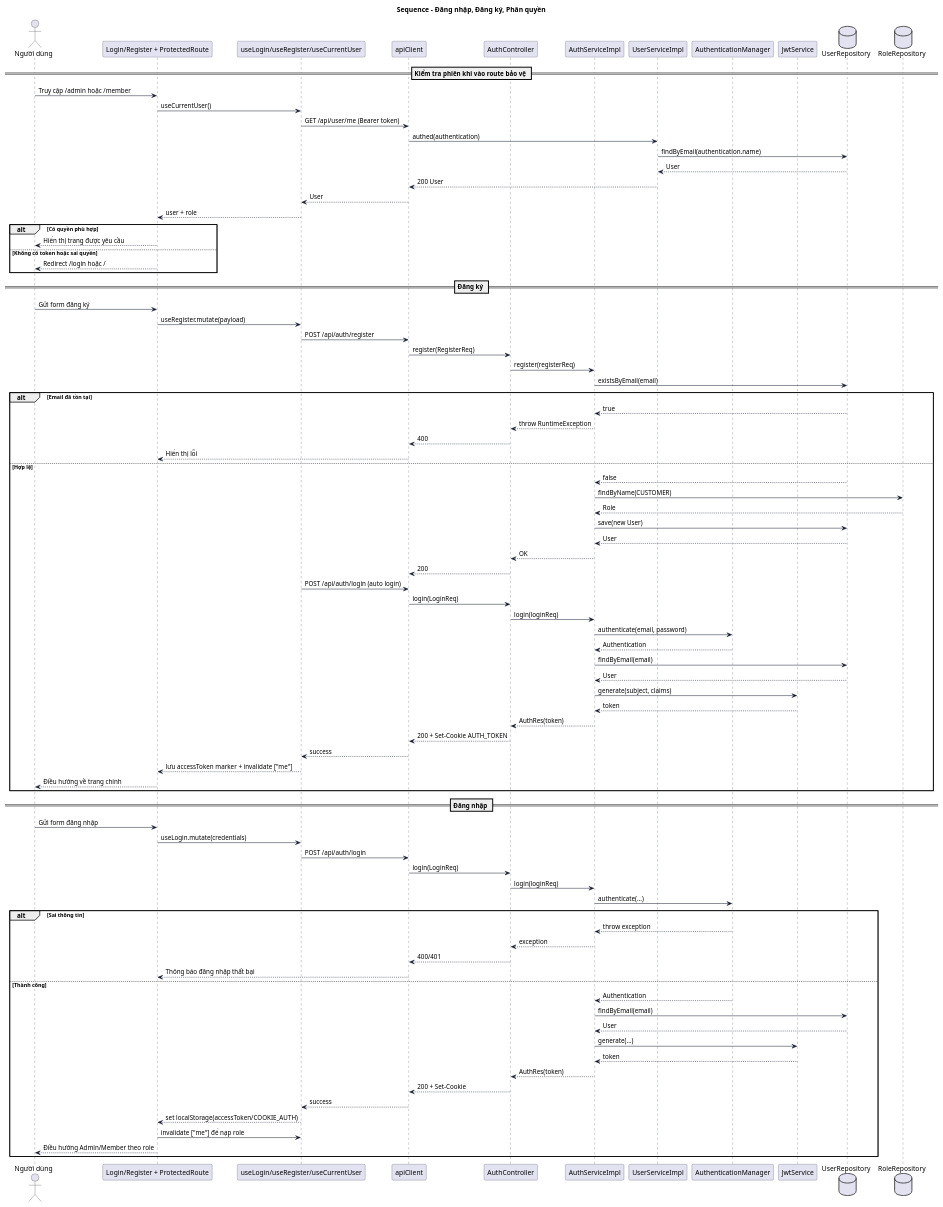
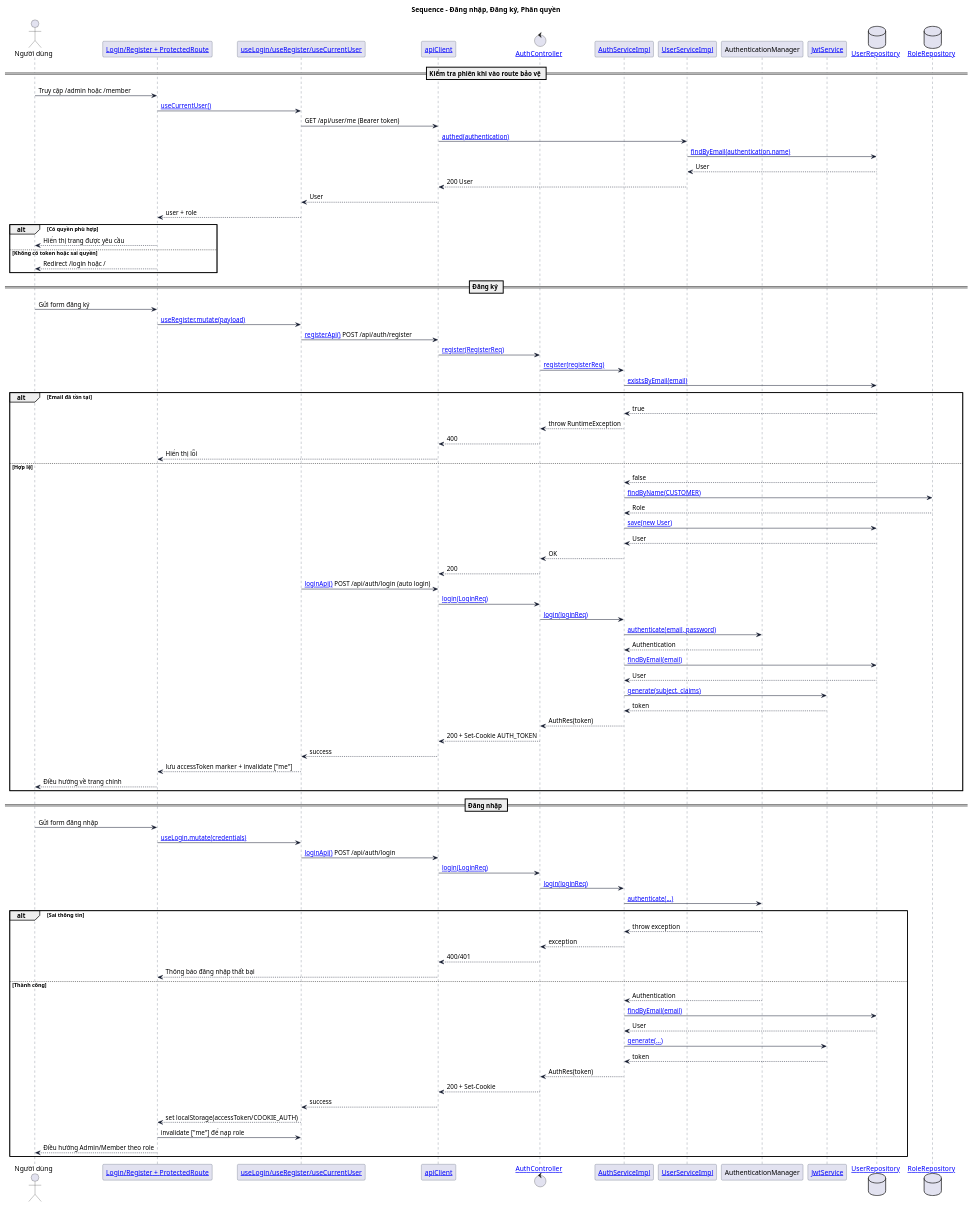
The diagram in uml/sequence/sequence-auth.puml (minhat5/MeCinema), drawn with PlantUML before and after one commit. The commit also changed 21 other files, not shown here.

Commit message:
add link to file in uml

```diff
--- a/uml/sequence/sequence-auth.puml
+++ b/uml/sequence/sequence-auth.puml
@@ -1,102 +1,102 @@
 @startuml
 skinparam shadowing false
 skinparam sequence {
   ArrowColor #0F172A
   LifeLineBorderColor #334155
   LifeLineBackgroundColor #F8FAFC
   ParticipantBorderColor #334155
 }
 
 title Sequence - Đăng nhập, Đăng ký, Phân quyền
 
 actor User as "Người dùng"
-participant UI as "Login/Register + ProtectedRoute"
-participant Hook as "useLogin/useRegister/useCurrentUser"
-participant API as "apiClient"
-participant AuthCtl as "AuthController"
-participant AuthSvc as "AuthServiceImpl"
-participant UserSvc as "UserServiceImpl"
+participant UI as "[[../../client/src/features/auth/pages/LoginPage.tsx Login/Register + ProtectedRoute]]"
+participant Hook as "[[../../client/src/features/auth/hooks/useCurrentUser.ts useLogin/useRegister/useCurrentUser]]"
+participant API as "[[../../client/src/lib/api-client.ts apiClient]]"
+control AuthCtl as "[[../../src/main/java/com/mecinema/mecinema/controller/auth/AuthController.java AuthController]]"
+participant AuthSvc as "[[../../src/main/java/com/mecinema/mecinema/service/impl/AuthServiceImpl.java AuthServiceImpl]]"
+participant UserSvc as "[[../../src/main/java/com/mecinema/mecinema/service/impl/UserServiceImpl.java UserServiceImpl]]"
 participant AuthMgr as "AuthenticationManager"
-participant JwtSvc as "JwtService"
-database UserRepo as "UserRepository"
-database RoleRepo as "RoleRepository"
+participant JwtSvc as "[[../../src/main/java/com/mecinema/mecinema/service/JwtService.java JwtService]]"
+database UserRepo as "[[../../src/main/java/com/mecinema/mecinema/repo/UserRepository.java UserRepository]]"
+database RoleRepo as "[[../../src/main/java/com/mecinema/mecinema/repo/RoleRepository.java RoleRepository]]"
 
 == Kiểm tra phiên khi vào route bảo vệ ==
 User -> UI: Truy cập /admin hoặc /member
-UI -> Hook: useCurrentUser()
+UI -> Hook: [[../../client/src/features/auth/hooks/useCurrentUser.ts useCurrentUser()]]
 Hook -> API: GET /api/user/me (Bearer token)
-API -> UserSvc: authed(authentication)
-UserSvc -> UserRepo: findByEmail(authentication.name)
+API -> UserSvc: [[../../src/main/java/com/mecinema/mecinema/service/impl/UserServiceImpl.java#L100 authed(authentication)]]
+UserSvc -> UserRepo: [[../../src/main/java/com/mecinema/mecinema/repo/UserRepository.java findByEmail(authentication.name)]]
 UserRepo --> UserSvc: User
 UserSvc --> API: 200 User
 API --> Hook: User
 Hook --> UI: user + role
 
 alt Có quyền phù hợp
   UI --> User: Hiển thị trang được yêu cầu
 else Không có token hoặc sai quyền
   UI --> User: Redirect /login hoặc /
 end
 
 == Đăng ký ==
 User -> UI: Gửi form đăng ký
-UI -> Hook: useRegister.mutate(payload)
-Hook -> API: POST /api/auth/register
-API -> AuthCtl: register(RegisterReq)
-AuthCtl -> AuthSvc: register(registerReq)
-AuthSvc -> UserRepo: existsByEmail(email)
+UI -> Hook: [[../../client/src/features/auth/hooks/useRegister.ts useRegister.mutate(payload)]]
+Hook -> API: [[../../client/src/features/auth/services/auth.service.ts registerApi()]] POST /api/auth/register
+API -> AuthCtl: [[../../src/main/java/com/mecinema/mecinema/controller/auth/AuthController.java#L27 register(RegisterReq)]]
+AuthCtl -> AuthSvc: [[../../src/main/java/com/mecinema/mecinema/service/impl/AuthServiceImpl.java#L34 register(registerReq)]]
+AuthSvc -> UserRepo: [[../../src/main/java/com/mecinema/mecinema/repo/UserRepository.java existsByEmail(email)]]
 alt Email đã tồn tại
   UserRepo --> AuthSvc: true
   AuthSvc --> AuthCtl: throw RuntimeException
   AuthCtl --> API: 400
   API --> UI: Hiển thị lỗi
 else Hợp lệ
   UserRepo --> AuthSvc: false
-  AuthSvc -> RoleRepo: findByName(CUSTOMER)
+  AuthSvc -> RoleRepo: [[../../src/main/java/com/mecinema/mecinema/repo/RoleRepository.java findByName(CUSTOMER)]]
   RoleRepo --> AuthSvc: Role
-  AuthSvc -> UserRepo: save(new User)
+  AuthSvc -> UserRepo: [[../../src/main/java/com/mecinema/mecinema/repo/UserRepository.java save(new User)]]
   UserRepo --> AuthSvc: User
   AuthSvc --> AuthCtl: OK
   AuthCtl --> API: 200
-  Hook -> API: POST /api/auth/login (auto login)
-  API -> AuthCtl: login(LoginReq)
-  AuthCtl -> AuthSvc: login(loginReq)
-  AuthSvc -> AuthMgr: authenticate(email, password)
+  Hook -> API: [[../../client/src/features/auth/services/auth.service.ts loginApi()]] POST /api/auth/login (auto login)
+  API -> AuthCtl: [[../../src/main/java/com/mecinema/mecinema/controller/auth/AuthController.java#L33 login(LoginReq)]]
+  AuthCtl -> AuthSvc: [[../../src/main/java/com/mecinema/mecinema/service/impl/AuthServiceImpl.java#L53 login(loginReq)]]
+  AuthSvc -> AuthMgr: [[../../src/main/java/com/mecinema/mecinema/service/impl/AuthServiceImpl.java#L55 authenticate(email, password)]]
   AuthMgr --> AuthSvc: Authentication
-  AuthSvc -> UserRepo: findByEmail(email)
+  AuthSvc -> UserRepo: [[../../src/main/java/com/mecinema/mecinema/repo/UserRepository.java findByEmail(email)]]
   UserRepo --> AuthSvc: User
-  AuthSvc -> JwtSvc: generate(subject, claims)
+  AuthSvc -> JwtSvc: [[../../src/main/java/com/mecinema/mecinema/service/JwtService.java generate(subject, claims)]]
   JwtSvc --> AuthSvc: token
   AuthSvc --> AuthCtl: AuthRes(token)
   AuthCtl --> API: 200 + Set-Cookie AUTH_TOKEN
   API --> Hook: success
   Hook --> UI: lưu accessToken marker + invalidate ["me"]
   UI --> User: Điều hướng về trang chính
 end
 
 == Đăng nhập ==
 User -> UI: Gửi form đăng nhập
-UI -> Hook: useLogin.mutate(credentials)
-Hook -> API: POST /api/auth/login
-API -> AuthCtl: login(LoginReq)
-AuthCtl -> AuthSvc: login(loginReq)
-AuthSvc -> AuthMgr: authenticate(...)
+UI -> Hook: [[../../client/src/features/auth/hooks/useLogin.ts useLogin.mutate(credentials)]]
+Hook -> API: [[../../client/src/features/auth/services/auth.service.ts loginApi()]] POST /api/auth/login
+API -> AuthCtl: [[../../src/main/java/com/mecinema/mecinema/controller/auth/AuthController.java#L33 login(LoginReq)]]
+AuthCtl -> AuthSvc: [[../../src/main/java/com/mecinema/mecinema/service/impl/AuthServiceImpl.java#L53 login(loginReq)]]
+AuthSvc -> AuthMgr: [[../../src/main/java/com/mecinema/mecinema/service/impl/AuthServiceImpl.java#L55 authenticate(...)]]
 alt Sai thông tin
   AuthMgr --> AuthSvc: throw exception
   AuthSvc --> AuthCtl: exception
   AuthCtl --> API: 400/401
   API --> UI: Thông báo đăng nhập thất bại
 else Thành công
   AuthMgr --> AuthSvc: Authentication
-  AuthSvc -> UserRepo: findByEmail(email)
+  AuthSvc -> UserRepo: [[../../src/main/java/com/mecinema/mecinema/repo/UserRepository.java findByEmail(email)]]
   UserRepo --> AuthSvc: User
-  AuthSvc -> JwtSvc: generate(...)
+  AuthSvc -> JwtSvc: [[../../src/main/java/com/mecinema/mecinema/service/JwtService.java generate(...)]]
   JwtSvc --> AuthSvc: token
   AuthSvc --> AuthCtl: AuthRes(token)
   AuthCtl --> API: 200 + Set-Cookie
   API --> Hook: success
   Hook --> UI: set localStorage(accessToken/COOKIE_AUTH)
   UI -> Hook: invalidate ["me"] để nạp role
   UI --> User: Điều hướng Admin/Member theo role
 end
 @enduml
```
